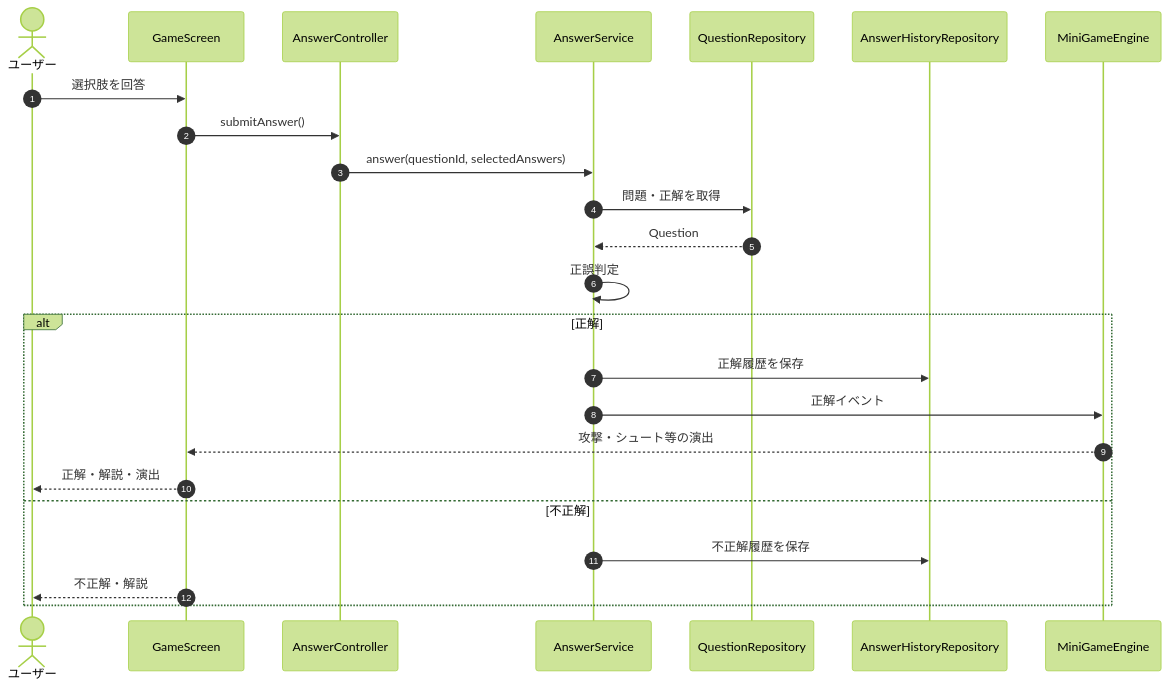
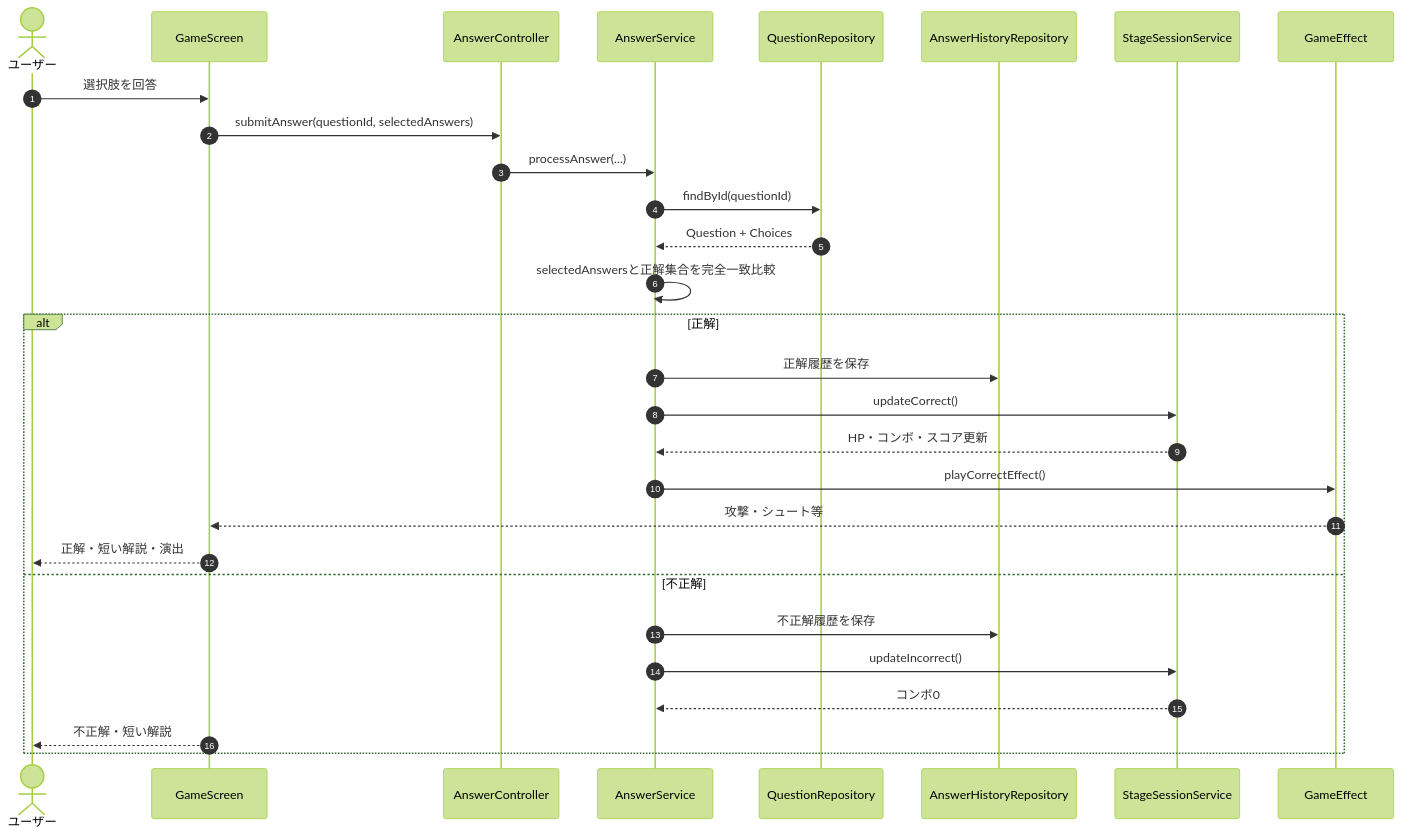
One commit to suu-dev-0203/graduation_JAVAgame changed the fourth of 6 diagrams in README.md. Above: the diagram before and after it, drawn with Mermaid (forest theme). The commit also changed other lines of this file, not shown here.

````diff
--- a/README.md
+++ b/README.md
@@ -1127,28 +1398,35 @@
 ```mermaid
 sequenceDiagram
     autonumber
+
     actor User as ユーザー
     participant Game as GameScreen
     participant Controller as AnswerController
     participant Service as AnswerService
-    participant Question as QuestionRepository
-    participant History as AnswerHistoryRepository
-    participant Effect as MiniGameEngine
+    participant QuestionRepo as QuestionRepository
+    participant HistoryRepo as AnswerHistoryRepository
+    participant Session as StageSessionService
+    participant Effect as GameEffect
 
     User->>Game: 選択肢を回答
-    Game->>Controller: submitAnswer()
-    Controller->>Service: answer(questionId, selectedAnswers)
-    Service->>Question: 問題・正解を取得
-    Question-->>Service: Question
-    Service->>Service: 正誤判定
+    Game->>Controller: submitAnswer(questionId, selectedAnswers)
+    Controller->>Service: processAnswer(...)
+
+    Service->>QuestionRepo: findById(questionId)
+    QuestionRepo-->>Service: Question + Choices
+    Service->>Service: selectedAnswersと正解集合を完全一致比較
 
     alt 正解
-        Service->>History: 正解履歴を保存
-        Service->>Effect: 正解イベント
-        Effect-->>Game: 攻撃・シュート等の演出
-        Game-->>User: 正解・解説・演出
+        Service->>HistoryRepo: 正解履歴を保存
+        Service->>Session: updateCorrect()
+        Session-->>Service: HP・コンボ・スコア更新
+        Service->>Effect: playCorrectEffect()
+        Effect-->>Game: 攻撃・シュート等
+        Game-->>User: 正解・短い解説・演出
     else 不正解
-        Service->>History: 不正解履歴を保存
-        Game-->>User: 不正解・解説
+        Service->>HistoryRepo: 不正解履歴を保存
+        Service->>Session: updateIncorrect()
+        Session-->>Service: コンボ0
+        Game-->>User: 不正解・短い解説
     end
 ```
````
